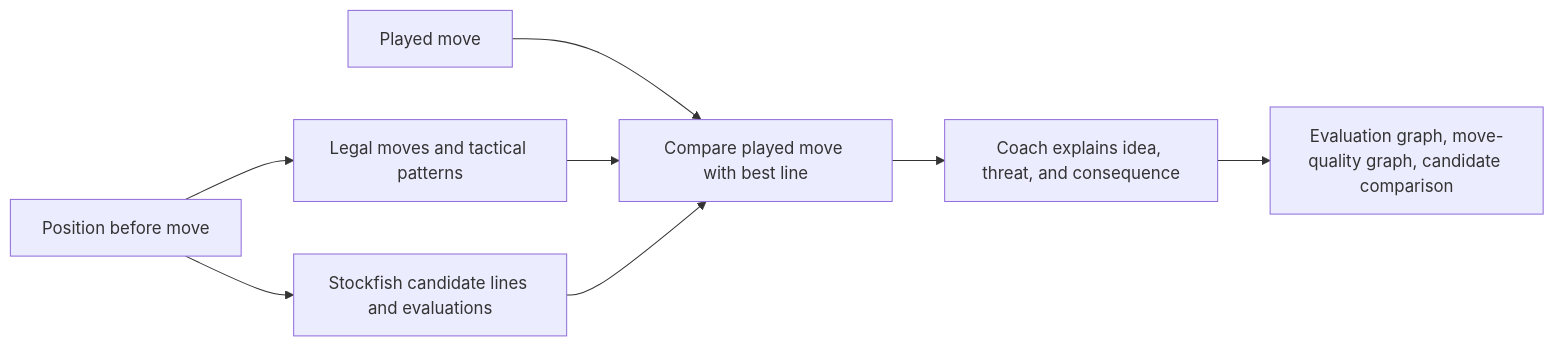
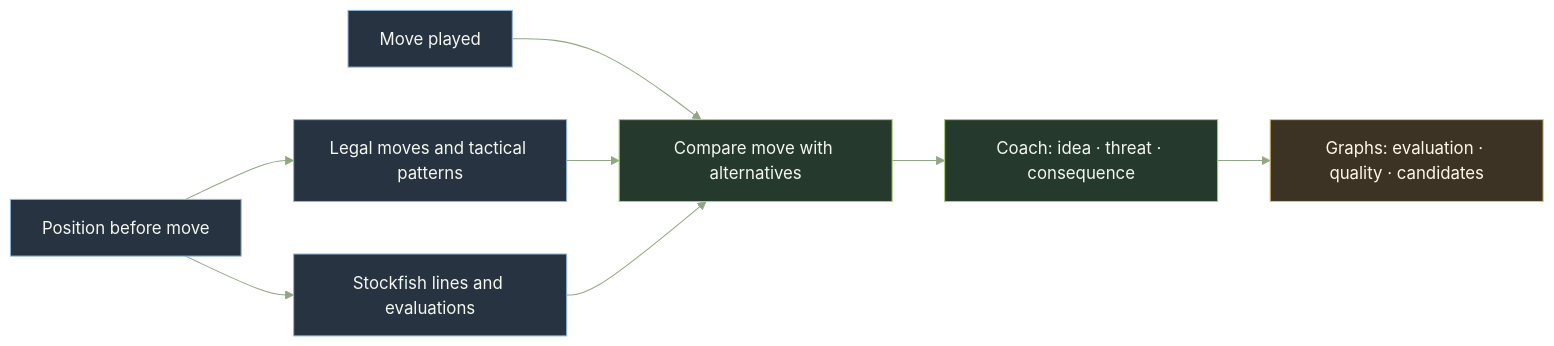
The second of 2 diagrams in README.md (harshpreett/stockfish_helper), drawn with Mermaid before and after one commit. The commit also changed other lines of this file, not shown here.

Commit message:
Polish README visual hierarchy

````diff
--- a/README.md
+++ b/README.md
@@ -38,10 +58,17 @@
 ```mermaid
+%%{init: {'theme':'base','themeVariables': {'primaryColor':'#253a2c','primaryTextColor':'#f4f7ee','primaryBorderColor':'#a7cf73','lineColor':'#91a784','secondaryColor':'#283341','tertiaryColor':'#3c3324'}}}%%
 flowchart LR
-  Position[Position before move] --> Rules[Legal moves and tactical patterns]
-  Position --> Engine[Stockfish candidate lines and evaluations]
-  Move[Played move] --> Compare[Compare played move with best line]
-  Rules --> Compare
-  Engine --> Compare
-  Compare --> Coach[Coach explains idea, threat, and consequence]
-  Coach --> Charts[Evaluation graph, move-quality graph, candidate comparison]
+  Pos[Position before move] --> Facts[Legal moves and tactical patterns]
+  Pos --> Lines[Stockfish lines and evaluations]
+  Played[Move played] --> Compare[Compare move with alternatives]
+  Facts --> Compare
+  Lines --> Compare
+  Compare --> Explain[Coach: idea · threat · consequence]
+  Explain --> Graphs[Graphs: evaluation · quality · candidates]
+  classDef source fill:#283341,stroke:#91b6d8,color:#f4f7ee
+  classDef coach fill:#253a2c,stroke:#a7cf73,color:#f4f7ee
+  classDef visual fill:#3c3324,stroke:#e3c36b,color:#fff8e8
+  class Pos,Played,Lines,Facts source
+  class Compare,Explain coach
+  class Graphs visual
 ```
````
